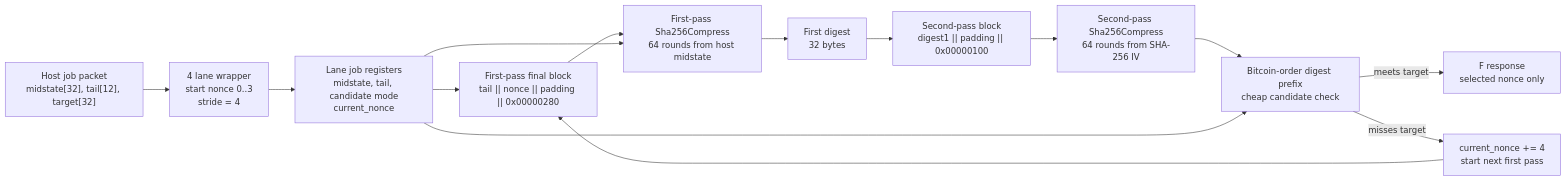
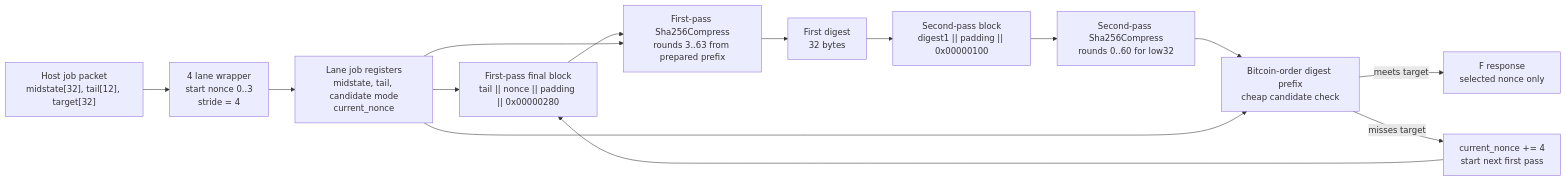
The first of 4 diagrams in docs/compression-circuitry.md (Distortions81/TangMiner), drawn with Mermaid before and after one commit. The commit also changed other lines of this file and 10 other files, not shown here.

````diff
--- a/docs/compression-circuitry.md
+++ b/docs/compression-circuitry.md
@@ -14,28 +26,28 @@
 ```mermaid
 flowchart LR
     host["Host job packet<br/>midstate[32], tail[12], target[32]"]
     lanes["4 lane wrapper<br/>start nonce 0..3<br/>stride = 4"]
     regs["Lane job registers<br/>midstate, tail, candidate mode<br/>current_nonce"]
     first_block["First-pass final block<br/>tail || nonce || padding || 0x00000280"]
-    comp1["First-pass Sha256Compress<br/>64 rounds from host midstate"]
+    comp1["First-pass Sha256Compress<br/>rounds 3..63 from prepared prefix"]
     digest1["First digest<br/>32 bytes"]
     second_block["Second-pass block<br/>digest1 || padding || 0x00000100"]
-    comp2["Second-pass Sha256Compress<br/>64 rounds from SHA-256 IV"]
+    comp2["Second-pass Sha256Compress<br/>rounds 0..60 for low32"]
     compare["Bitcoin-order digest prefix<br/>cheap candidate check"]
     found["F response<br/>selected nonce only"]
     next["current_nonce += 4<br/>start next first pass"]
 
     host --> lanes
     lanes --> regs
     regs --> first_block
     first_block --> comp1
     regs --> comp1
     comp1 --> digest1
     digest1 --> second_block
     second_block --> comp2
     comp2 --> compare
     regs --> compare
     compare -->|meets target| found
     compare -->|misses target| next
     next --> first_block
 ```
````
